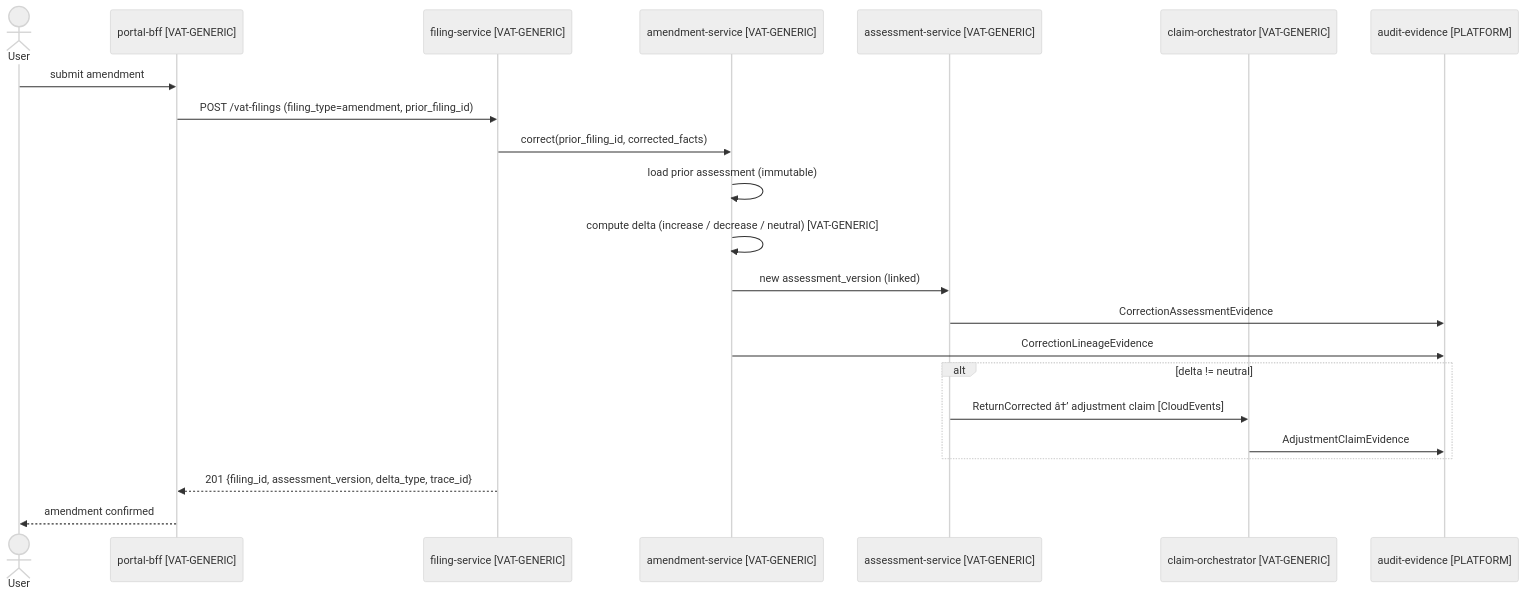
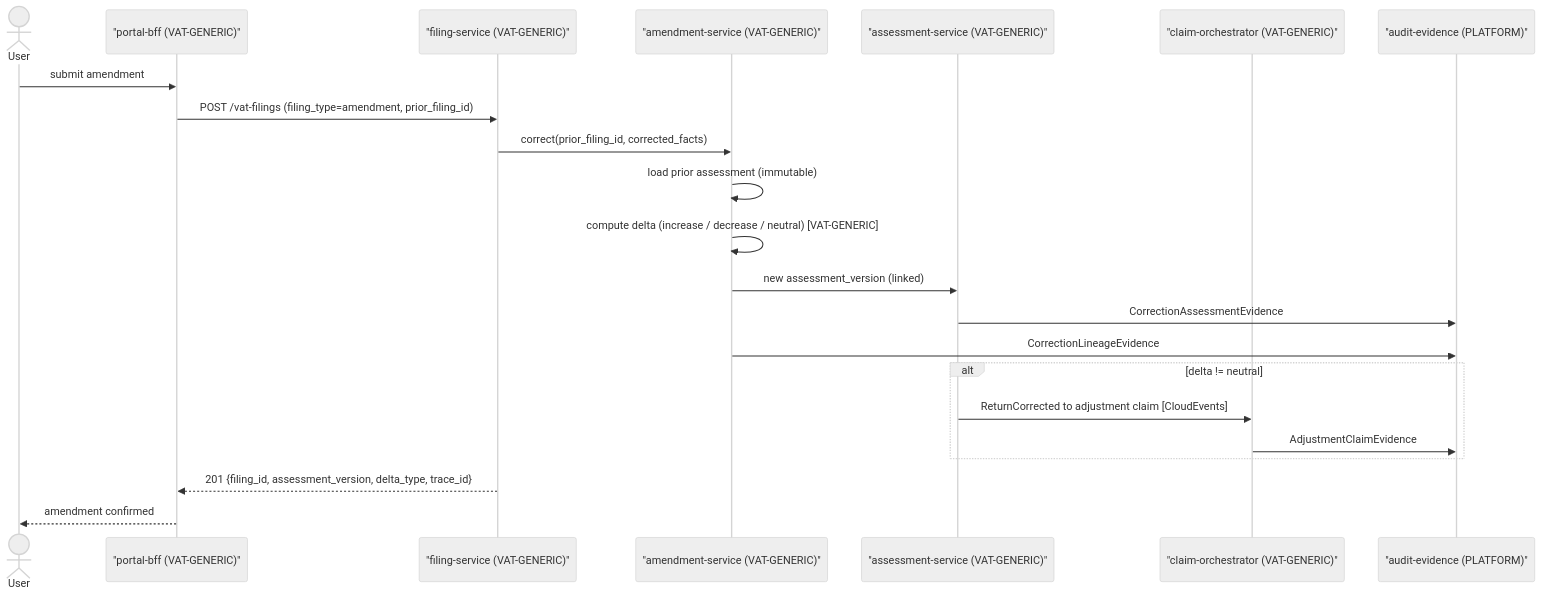
Before and after one commit to nc-tbi/VATRI-Codex: the tenth of 14 diagrams in design/01-vat-filing-assessment-solution-design.md, drawn with Mermaid (neutral theme). The commit also changed other lines of this file and 14 other files, not shown here.

Commit message:
Harden Mermaid and rebuild formal drawio architecture diagrams

````diff
--- a/design/01-vat-filing-assessment-solution-design.md
+++ b/design/01-vat-filing-assessment-solution-design.md
@@ -472,25 +478,25 @@
 ```mermaid
 sequenceDiagram
     actor User
-    participant BFF as portal-bff [VAT-GENERIC]
-    participant FS as filing-service [VAT-GENERIC]
-    participant CS as amendment-service [VAT-GENERIC]
-    participant AS as assessment-service [VAT-GENERIC]
-    participant CO as claim-orchestrator [VAT-GENERIC]
-    participant AE as audit-evidence [PLATFORM]
+    participant BFF as "portal-bff (VAT-GENERIC)"
+    participant FS as "filing-service (VAT-GENERIC)"
+    participant CS as "amendment-service (VAT-GENERIC)"
+    participant AS as "assessment-service (VAT-GENERIC)"
+    participant CO as "claim-orchestrator (VAT-GENERIC)"
+    participant AE as "audit-evidence (PLATFORM)"
 
     User->>BFF: submit amendment
     BFF->>FS: POST /vat-filings (filing_type=amendment, prior_filing_id)
     FS->>CS: correct(prior_filing_id, corrected_facts)
     CS->>CS: load prior assessment (immutable)
     CS->>CS: compute delta (increase / decrease / neutral) [VAT-GENERIC]
     CS->>AS: new assessment_version (linked)
     AS->>AE: CorrectionAssessmentEvidence
     CS->>AE: CorrectionLineageEvidence
     alt delta != neutral
-        AS->>CO: ReturnCorrected â†’ adjustment claim [CloudEvents]
+        AS->>CO: ReturnCorrected to adjustment claim [CloudEvents]
         CO->>AE: AdjustmentClaimEvidence
     end
     FS-->>BFF: 201 {filing_id, assessment_version, delta_type, trace_id}
     BFF-->>User: amendment confirmed
 ```
````
